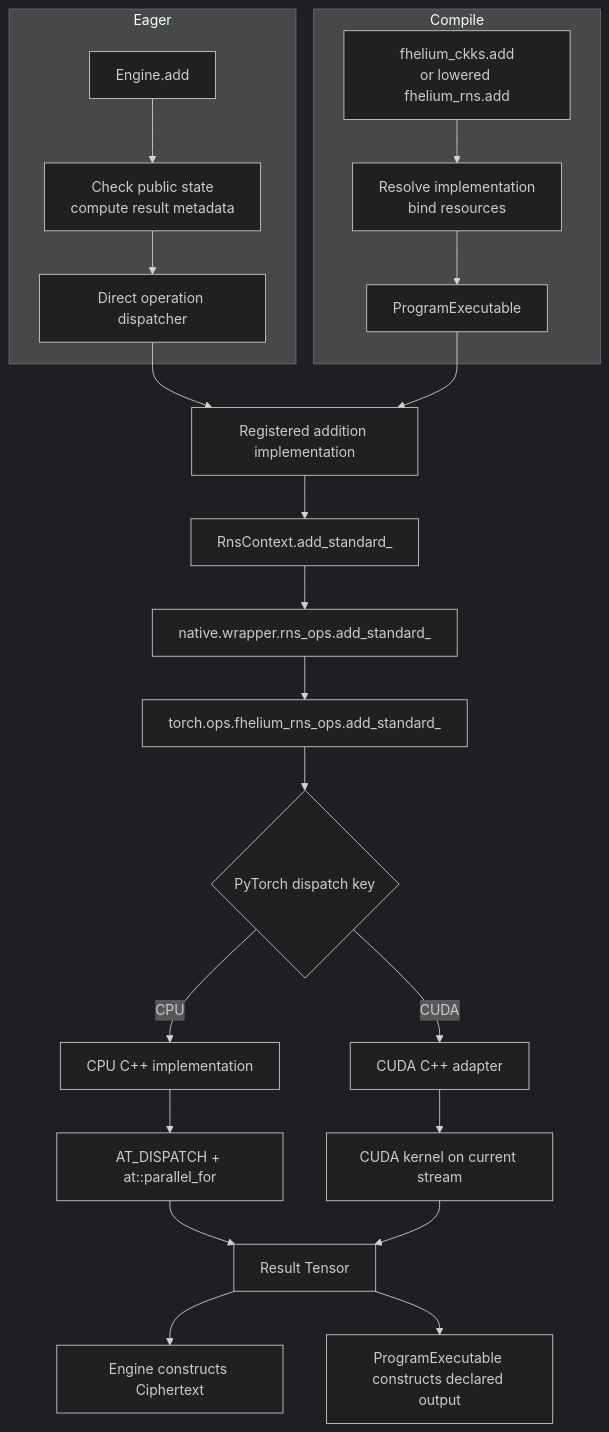
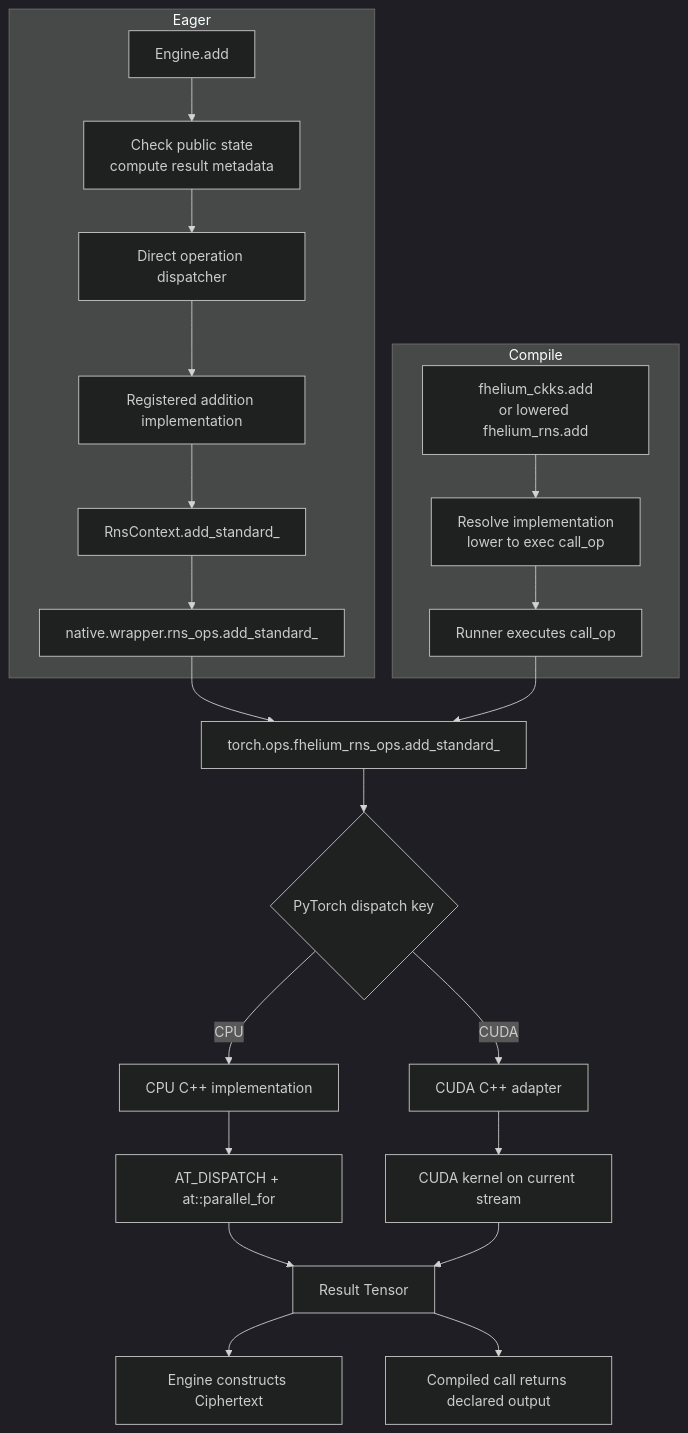
Before and after one commit to visualDust/fhelium: the third of 4 diagrams in docs/developer/engine-native-stack.md, drawn with Mermaid (dark theme). The commit also changed other lines of this file and 475 other files, not shown here.

````diff
--- a/docs/developer/engine-native-stack.md
+++ b/docs/developer/engine-native-stack.md
@@ -221,35 +230,35 @@
 ```mermaid
 graph TD
     subgraph Eager
         EA[Engine.add]
         EV[Check public state<br/>compute result metadata]
         ED[Direct operation dispatcher]
-        EA --> EV --> ED
+        I[Registered addition implementation]
+        R[RnsContext.add_standard_]
+        W[native.wrapper.rns_ops.add_standard_]
+        EA --> EV --> ED --> I --> R --> W
     end
     subgraph Compile
         CP[fhelium_ckks.add<br/>or lowered fhelium_rns.add]
-        CL[Resolve implementation<br/>bind resources]
-        CE[ProgramExecutable]
-        CP --> CL --> CE
+        CL[Resolve implementation<br/>lower to exec call_op]
+        RUN[Runner executes call_op]
+        CP --> CL --> RUN
     end
-    I[Registered addition implementation]
-    R[RnsContext.add_standard_]
-    W[native.wrapper.rns_ops.add_standard_]
     T[torch.ops.fhelium_rns_ops.add_standard_]
     D{PyTorch dispatch key}
     CPU[CPU C++ implementation]
     CU[CUDA C++ adapter]
     PF[AT_DISPATCH + at::parallel_for]
     K[CUDA kernel on current stream]
     DATA[Result Tensor]
     EO[Engine constructs Ciphertext]
-    CO[ProgramExecutable constructs declared output]
+    CO[Compiled call returns declared output]
 
-    ED --> I
-    CE --> I
-    I --> R --> W --> T --> D
+    W --> T
+    RUN --> T
+    T --> D
     D -->|CPU| CPU --> PF --> DATA
     D -->|CUDA| CU --> K --> DATA
     DATA --> EO
     DATA --> CO
 ```
````
